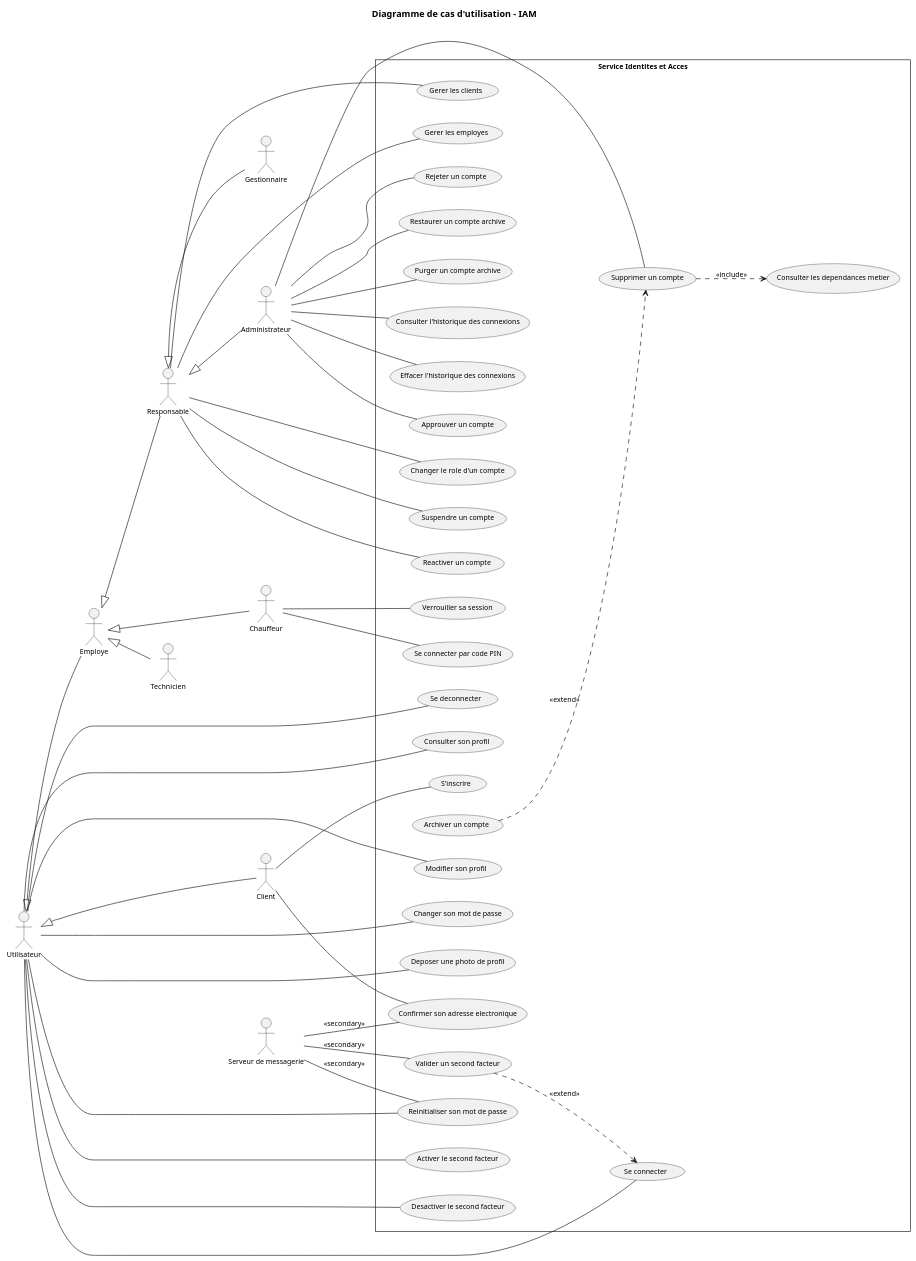
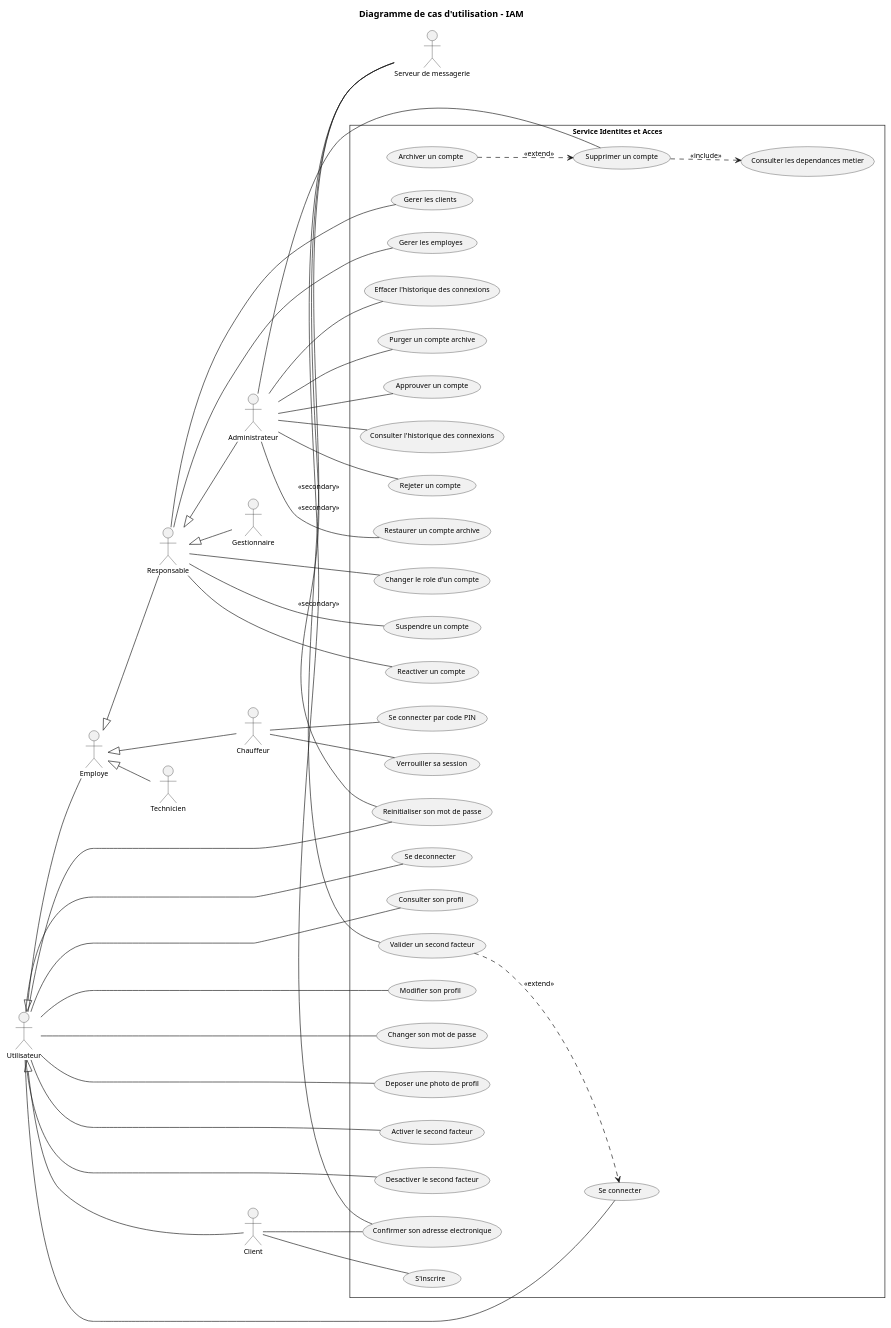
The diagram in docs/diagrams/microservices/IAM/IAM-usecase.puml (saber-barhoumi/Xpark-gmao), drawn with PlantUML before and after one commit. The commit also changed 6 other files, not shown here.

```diff
--- a/docs/diagrams/microservices/IAM/IAM-usecase.puml
+++ b/docs/diagrams/microservices/IAM/IAM-usecase.puml
@@ -1,102 +1,102 @@
 @startuml
 skinparam style strictuml
 skinparam packageStyle rectangle
 skinparam shadowing false
 skinparam defaultFontName Verdana
 skinparam defaultFontSize 11
 skinparam backgroundColor #FFFFFF
 left to right direction
 
 title Diagramme de cas d'utilisation - IAM
 
 ' Acteurs principaux, empiles a gauche du plus general au plus specialise
 actor "Utilisateur" as Utilisateur
 actor "Employe" as Employe
 actor "Responsable" as Responsable
 actor "Administrateur" as Administrateur
 actor "Gestionnaire" as Gestionnaire
 actor "Chauffeur" as Chauffeur
 actor "Technicien" as Technicien
 actor "Client" as Client
 
 ' Generalisation : triangle creux, de l'enfant vers le parent
 Employe -up-|> Utilisateur
 Client -up-|> Utilisateur
 Administrateur -up-|> Responsable
 Gestionnaire -up-|> Responsable
 Responsable -up-|> Employe
 Chauffeur -up-|> Employe
 Technicien -up-|> Employe
 
 rectangle "Service Identites et Acces" {
   usecase "Se connecter" as UC_Se_connecter
   usecase "Valider un second facteur" as UC_Valider_un_second_facteur
   usecase "Se deconnecter" as UC_Se_deconnecter
   usecase "Reinitialiser son mot de passe" as UC_Reinitialiser_son_mot_de_passe
   usecase "Consulter son profil" as UC_Consulter_son_profil
   usecase "Modifier son profil" as UC_Modifier_son_profil
   usecase "Changer son mot de passe" as UC_Changer_son_mot_de_passe
   usecase "Deposer une photo de profil" as UC_Deposer_une_photo_de_profil
   usecase "Activer le second facteur" as UC_Activer_le_second_facteur
   usecase "Desactiver le second facteur" as UC_Desactiver_le_second_facteur
   usecase "Changer le role d'un compte" as UC_Changer_le_role_d_un_compte
   usecase "Suspendre un compte" as UC_Suspendre_un_compte
   usecase "Reactiver un compte" as UC_Reactiver_un_compte
   usecase "Gerer les clients" as UC_Gerer_les_clients
   usecase "Gerer les employes" as UC_Gerer_les_employes
   usecase "Approuver un compte" as UC_Approuver_un_compte
   usecase "Rejeter un compte" as UC_Rejeter_un_compte
   usecase "Supprimer un compte" as UC_Supprimer_un_compte
   usecase "Consulter les dependances metier" as UC_Consulter_les_dependances_metier
   usecase "Archiver un compte" as UC_Archiver_un_compte
   usecase "Restaurer un compte archive" as UC_Restaurer_un_compte_archive
   usecase "Purger un compte archive" as UC_Purger_un_compte_archive
   usecase "Consulter l'historique des connexions" as UC_Consulter_l_historique_des_connexi
   usecase "Effacer l'historique des connexions" as UC_Effacer_l_historique_des_connexion
   usecase "Se connecter par code PIN" as UC_Se_connecter_par_code_PIN
   usecase "Verrouiller sa session" as UC_Verrouiller_sa_session
   usecase "S'inscrire" as UC_S_inscrire
   usecase "Confirmer son adresse electronique" as UC_Confirmer_son_adresse_electronique
 }
 
 ' Acteurs secondaires, a droite, hors de la frontiere
 actor "Serveur de messagerie" as SMTP
 
 ' Associations : trait continu sans fleche (relation d'association)
 Utilisateur -- UC_Se_connecter
 Utilisateur -- UC_Se_deconnecter
 Utilisateur -- UC_Reinitialiser_son_mot_de_passe
 Utilisateur -- UC_Consulter_son_profil
 Utilisateur -- UC_Modifier_son_profil
 Utilisateur -- UC_Changer_son_mot_de_passe
 Utilisateur -- UC_Deposer_une_photo_de_profil
 Utilisateur -- UC_Activer_le_second_facteur
 Utilisateur -- UC_Desactiver_le_second_facteur
 Responsable -- UC_Changer_le_role_d_un_compte
 Responsable -- UC_Suspendre_un_compte
 Responsable -- UC_Reactiver_un_compte
 Responsable -- UC_Gerer_les_clients
 Responsable -- UC_Gerer_les_employes
 Administrateur -- UC_Approuver_un_compte
 Administrateur -- UC_Rejeter_un_compte
 Administrateur -- UC_Supprimer_un_compte
 Administrateur -- UC_Restaurer_un_compte_archive
 Administrateur -- UC_Purger_un_compte_archive
 Administrateur -- UC_Consulter_l_historique_des_connexi
 Administrateur -- UC_Effacer_l_historique_des_connexion
 Chauffeur -- UC_Se_connecter_par_code_PIN
 Chauffeur -- UC_Verrouiller_sa_session
 Client -- UC_S_inscrire
 Client -- UC_Confirmer_son_adresse_electronique
 
-SMTP -- UC_Valider_un_second_facteur : << secondary >>
-SMTP -- UC_Confirmer_son_adresse_electronique : << secondary >>
-SMTP -- UC_Reinitialiser_son_mot_de_passe : << secondary >>
+UC_Valider_un_second_facteur -right- SMTP : << secondary >>
+UC_Confirmer_son_adresse_electronique -right- SMTP : << secondary >>
+UC_Reinitialiser_son_mot_de_passe -right- SMTP : << secondary >>
 
 ' << include >> : du cas de base vers le cas obligatoire
 UC_Supprimer_un_compte ..> UC_Consulter_les_dependances_metier : << include >>
 ' << extend >> : du cas optionnel vers le cas de base
 UC_Valider_un_second_facteur ..> UC_Se_connecter : << extend >>
 UC_Archiver_un_compte ..> UC_Supprimer_un_compte : << extend >>
 
 @enduml
```
